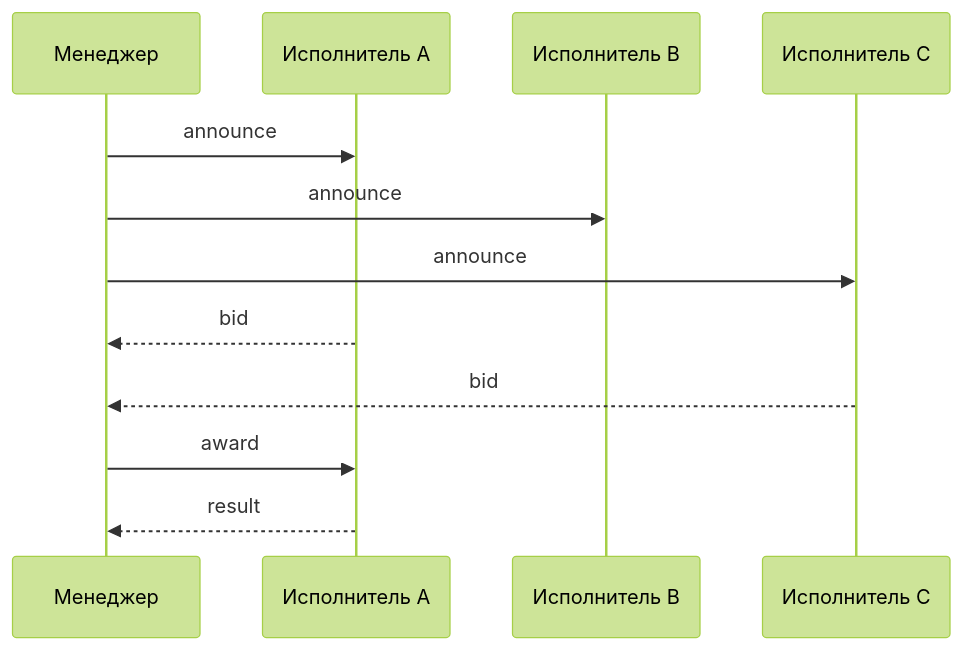
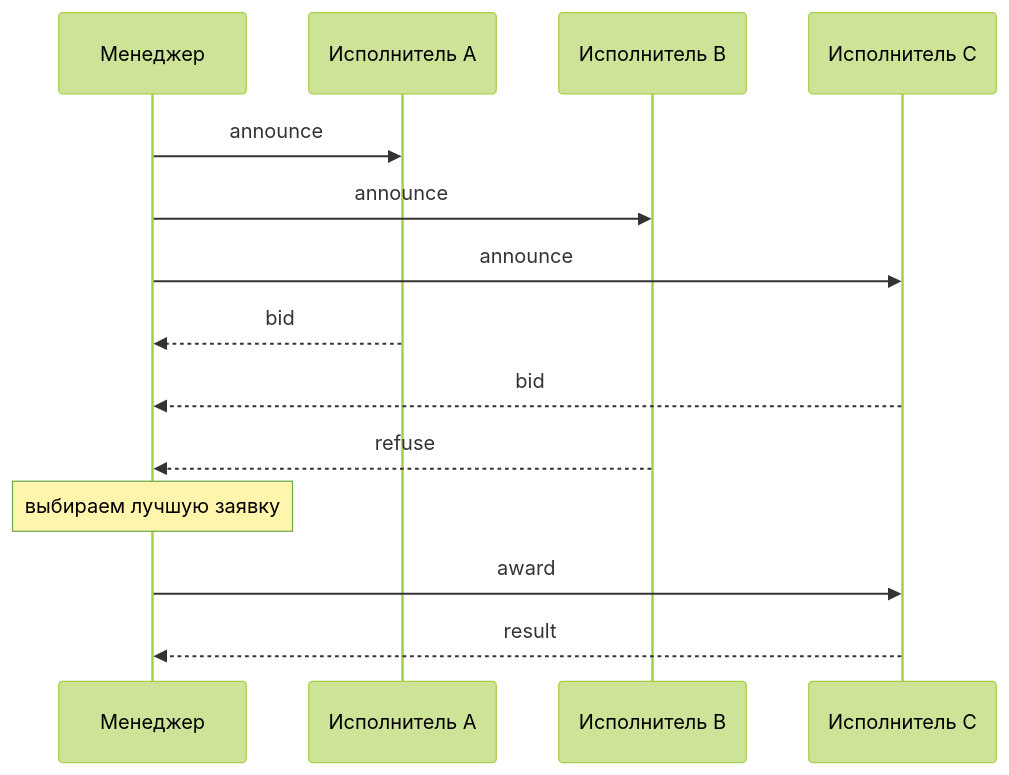
Before and after one commit to NikolaiSachok/ai-engineering-handbook: the first of 3 diagrams in i18n/ru/docusaurus-plugin-content-docs/current/part-2-agents/multi-agent/deep-dive.md, drawn with Mermaid (forest theme). The commit also changed other lines of this file and 21 other files, not shown here.

First line of the commit message:
fix(i18n): reconcile 28 drifted diagrams and make the parity gate read inside a fence (#453)

````diff
--- a/i18n/ru/docusaurus-plugin-content-docs/current/part-2-agents/multi-agent/deep-dive.md
+++ b/i18n/ru/docusaurus-plugin-content-docs/current/part-2-agents/multi-agent/deep-dive.md
@@ -58,14 +58,16 @@
 ```mermaid
 sequenceDiagram
     participant M as Менеджер
     participant A as Исполнитель A
     participant B as Исполнитель B
     participant C as Исполнитель C
     M->>A: announce
     M->>B: announce
     M->>C: announce
     A-->>M: bid
     C-->>M: bid
-    M->>A: award
-    A-->>M: result
+    B-->>M: refuse
+    Note over M: выбираем лучшую заявку
+    M->>C: award
+    C-->>M: result
 ```
````
